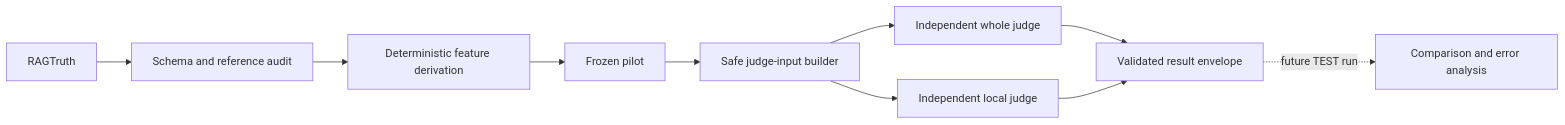
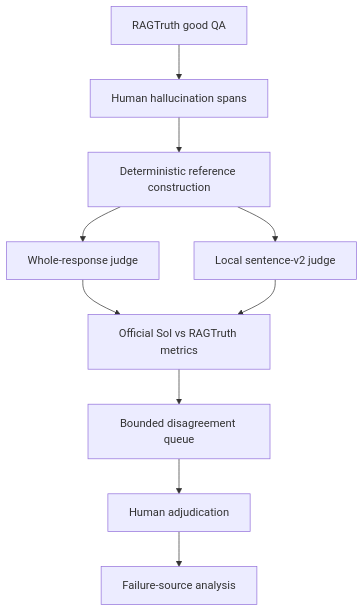
The diagram in README.md (mingyang-ow/EvalProbe), drawn with Mermaid before and after one commit. The commit also changed other lines of this file and 20 other files, not shown here.

````diff
--- a/README.md
+++ b/README.md
@@ -29,12 +32,12 @@
 ```mermaid
-flowchart LR
-    A[RAGTruth] --> B[Schema and reference audit]
-    B --> C[Deterministic feature derivation]
-    C --> D[Frozen pilot]
-    D --> E[Safe judge-input builder]
-    E --> F[Independent whole judge]
-    E --> G[Independent local judge]
-    F --> H[Validated result envelope]
-    G --> H
-    H -. future TEST run .-> I[Comparison and error analysis]
+flowchart TD
+    A[RAGTruth good QA] --> B[Human hallucination spans]
+    B --> C[Deterministic reference construction]
+    C --> W[Whole-response judge]
+    C --> L[Local sentence-v2 judge]
+    W --> M[Official Sol vs RAGTruth metrics]
+    L --> M
+    M --> Q[Bounded disagreement queue]
+    Q --> H[Human adjudication]
+    H --> F[Failure-source analysis]
 ```
````
